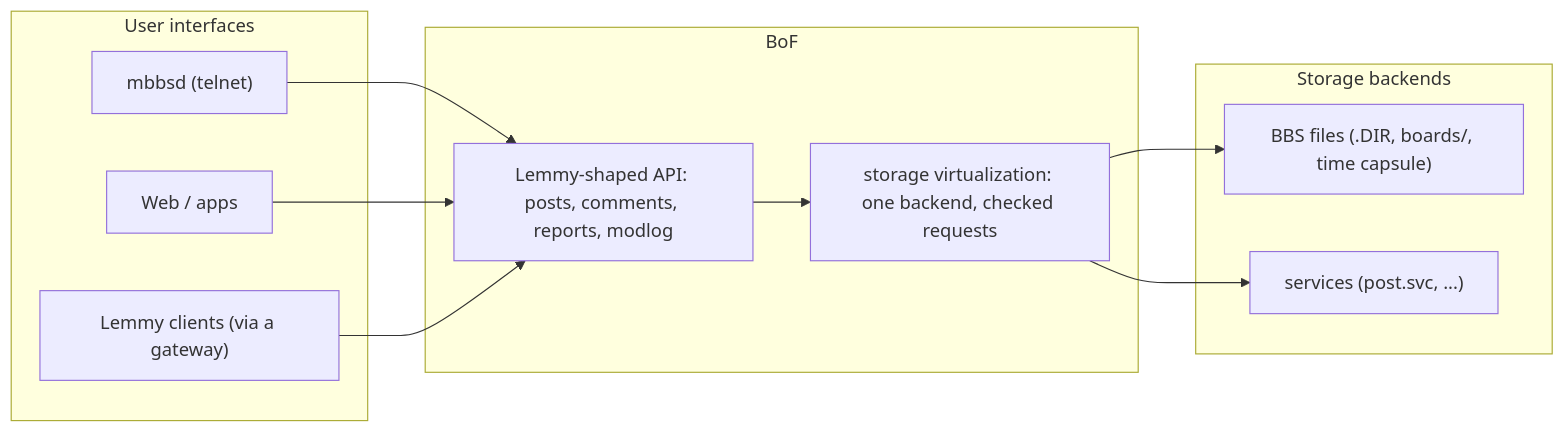
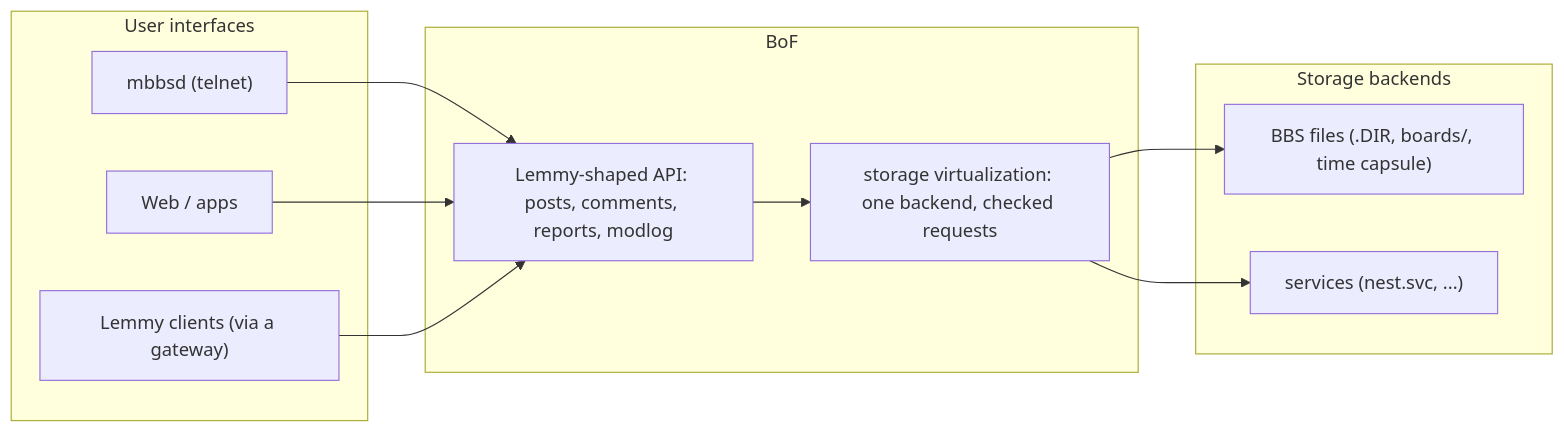
The diagram in bof/README.md (ptt/pttbbs), drawn with Mermaid before and after one commit. The commit also changed other lines of this file and 134 other files, not shown here.

First line of the commit message:
refactor: Rename post.svc to nest.svc

````diff
--- a/bof/README.md
+++ b/bof/README.md
@@ -30,22 +30,22 @@
 ```mermaid
 flowchart LR
     subgraph UI["User interfaces"]
         mbbsd["mbbsd (telnet)"]
         web["Web / apps"]
         lemmy["Lemmy clients (via a gateway)"]
     end
     subgraph BOF["BoF"]
         api["Lemmy-shaped API: posts, comments, reports, modlog"]
         virt["storage virtualization: one backend, checked requests"]
     end
     subgraph STORE["Storage backends"]
         files["BBS files (.DIR, boards/, time capsule)"]
-        svc["services (post.svc, ...)"]
+        svc["services (nest.svc, ...)"]
     end
     mbbsd --> api
     web --> api
     lemmy --> api
     api --> virt
     virt --> files
     virt --> svc
 ```
````
